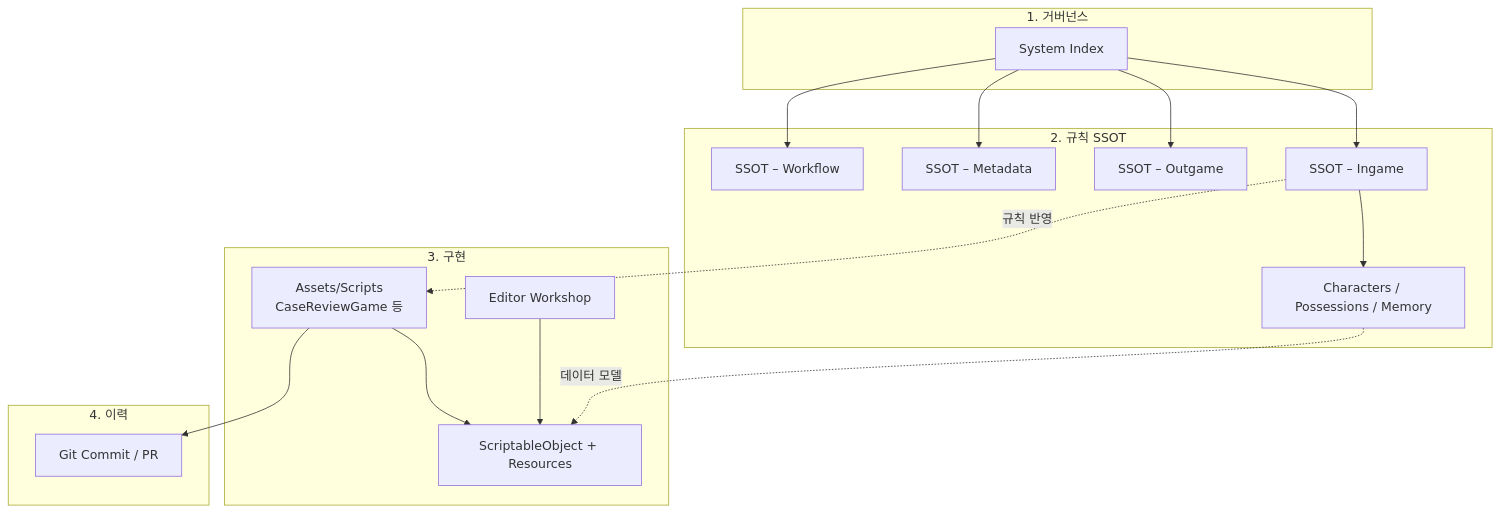
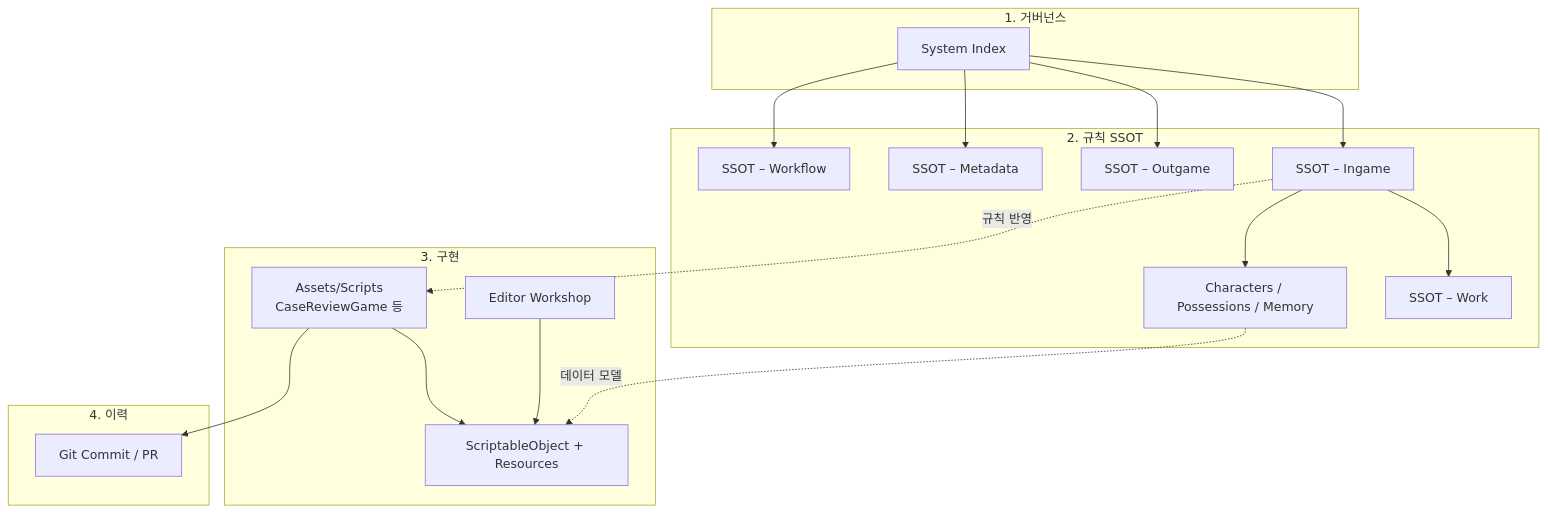
One commit to BaekNothing/ProjectW changed the second of 14 diagrams in Assets/Specification/Architecture – ProjectW System Overview.md. Above: the diagram before and after it, drawn with Mermaid. The commit also changed other lines of this file and 4 other files, not shown here.

Commit message:
Enhance project specifications by adding a new section for Work Data Direction in the Ingame document, detailing the dynamic generation of tasks and their interactions. Update System Index to include references to the new Work SSOT document, ensuring consistency across specifications.

````diff
--- a/Assets/Specification/Architecture – ProjectW System Overview.md
+++ b/Assets/Specification/Architecture – ProjectW System Overview.md
@@ -55,29 +57,31 @@
 ```mermaid
 flowchart TB
   subgraph L1["1. 거버넌스"]
     IDX["System Index"]
   end
   subgraph L2["2. 규칙 SSOT"]
     ING["SSOT – Ingame"]
+    WORK["SSOT – Work"]
     OUT["SSOT – Outgame"]
     META["SSOT – Metadata"]
     WF["SSOT – Workflow"]
     CHR["Characters / Possessions / Memory"]
   end
   subgraph L3["3. 구현"]
     CODE["Assets/Scripts\nCaseReviewGame 등"]
     SO["ScriptableObject + Resources"]
     ED["Editor Workshop"]
   end
   subgraph L4["4. 이력"]
     GIT["Git Commit / PR"]
   end
 
   IDX --> ING & OUT & META & WF
+  ING --> WORK
   ING --> CHR
   ING -.->|규칙 반영| CODE
   CHR -.->|데이터 모델| SO
   CODE --> SO
   ED --> SO
   CODE --> GIT
 ```
````
